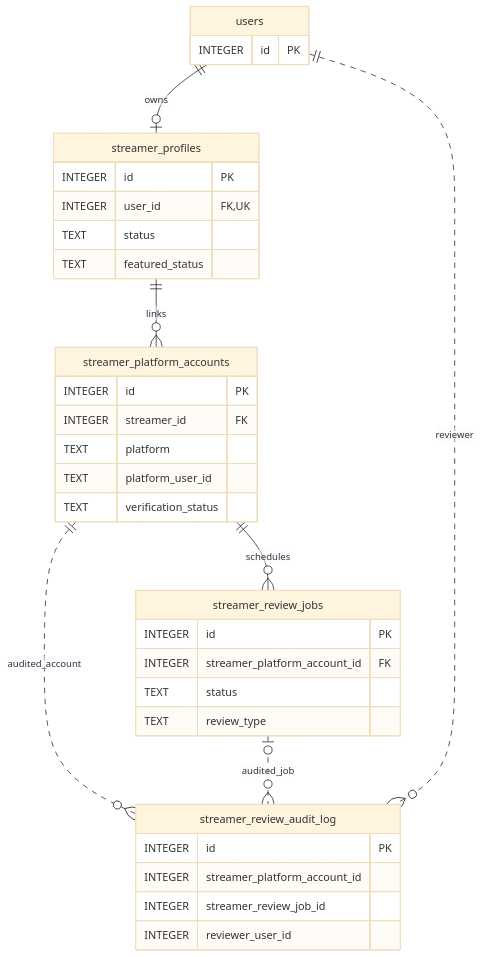
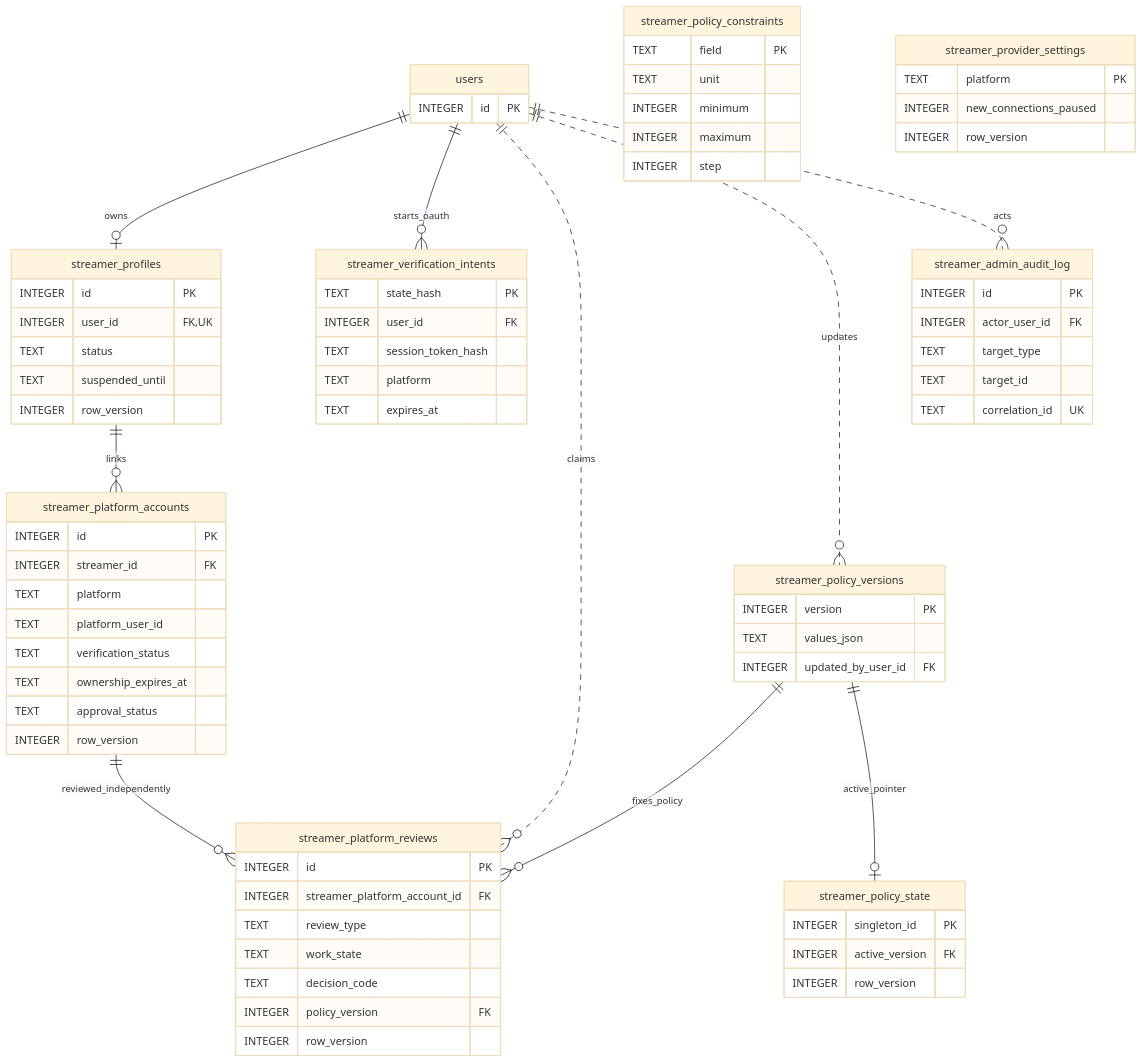
One commit to TaeyanG4/project-owogg changed the sixth of 7 diagrams in docs/ERD.md. Above: the diagram before and after it, drawn with Mermaid (base theme). The commit also changed other lines of this file and 103 other files, not shown here.

Commit message:
feat(streamers): complete manual platform review management

````diff
--- a/docs/ERD.md
+++ b/docs/ERD.md
@@ -549,38 +549,78 @@
 ```mermaid
 erDiagram
   users {
     INTEGER id PK
   }
   streamer_profiles {
     INTEGER id PK
     INTEGER user_id FK, UK
     TEXT status
-    TEXT featured_status
+    TEXT suspended_until
+    INTEGER row_version
   }
   streamer_platform_accounts {
     INTEGER id PK
     INTEGER streamer_id FK
     TEXT platform
     TEXT platform_user_id
     TEXT verification_status
+    TEXT ownership_expires_at
+    TEXT approval_status
+    INTEGER row_version
   }
-  streamer_review_jobs {
+  streamer_verification_intents {
+    TEXT state_hash PK
+    INTEGER user_id FK
+    TEXT session_token_hash
+    TEXT platform
+    TEXT expires_at
+  }
+  streamer_platform_reviews {
     INTEGER id PK
     INTEGER streamer_platform_account_id FK
-    TEXT status
     TEXT review_type
+    TEXT work_state
+    TEXT decision_code
+    INTEGER policy_version FK
+    INTEGER row_version
   }
-  streamer_review_audit_log {
+  streamer_policy_versions {
+    INTEGER version PK
+    TEXT values_json
+    INTEGER updated_by_user_id FK
+  }
+  streamer_policy_state {
+    INTEGER singleton_id PK
+    INTEGER active_version FK
+    INTEGER row_version
+  }
+  streamer_policy_constraints {
+    TEXT field PK
+    TEXT unit
+    INTEGER minimum
+    INTEGER maximum
+    INTEGER step
+  }
+  streamer_provider_settings {
+    TEXT platform PK
+    INTEGER new_connections_paused
+    INTEGER row_version
+  }
+  streamer_admin_audit_log {
     INTEGER id PK
-    INTEGER streamer_platform_account_id
-    INTEGER streamer_review_job_id
-    INTEGER reviewer_user_id
+    INTEGER actor_user_id FK
+    TEXT target_type
+    TEXT target_id
+    TEXT correlation_id UK
   }
 
   users ||--o| streamer_profiles : owns
+  users ||--o{ streamer_verification_intents : starts_oauth
   streamer_profiles ||--o{ streamer_platform_accounts : links
-  streamer_platform_accounts ||--o{ streamer_review_jobs : schedules
-  streamer_platform_accounts ||..o{ streamer_review_audit_log : audited_account
-  streamer_review_jobs o|..o{ streamer_review_audit_log : audited_job
-  users ||..o{ streamer_review_audit_log : reviewer
+  streamer_platform_accounts ||--o{ streamer_platform_reviews : reviewed_independently
+  streamer_policy_versions ||--o{ streamer_platform_reviews : fixes_policy
+  streamer_policy_versions ||--o| streamer_policy_state : active_pointer
+  users ||..o{ streamer_platform_reviews : claims
+  users ||..o{ streamer_policy_versions : updates
+  users ||..o{ streamer_admin_audit_log : acts
 ```
````
